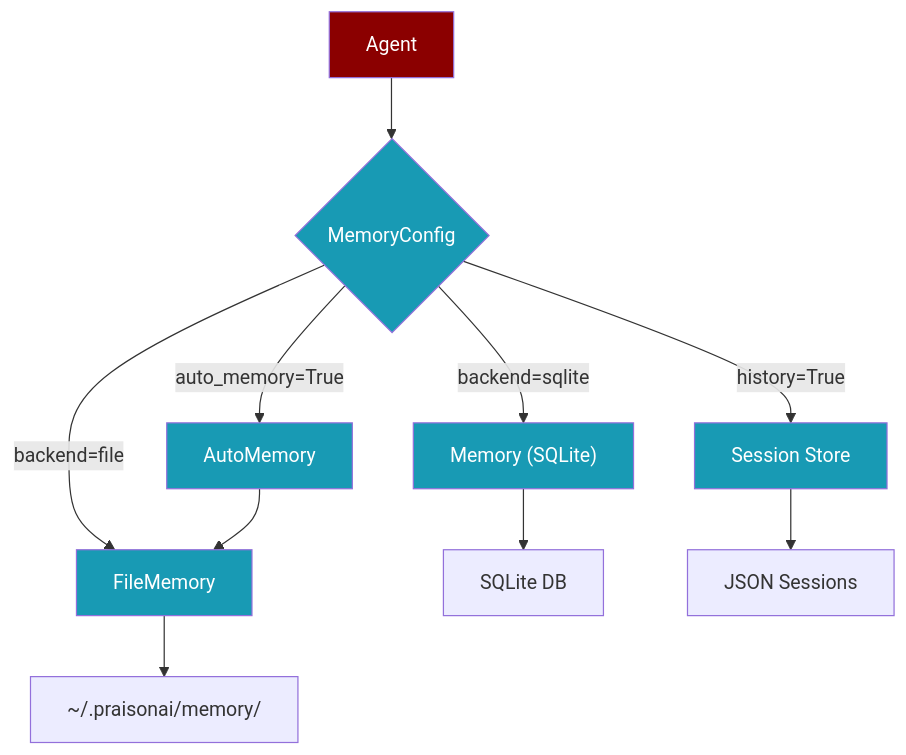
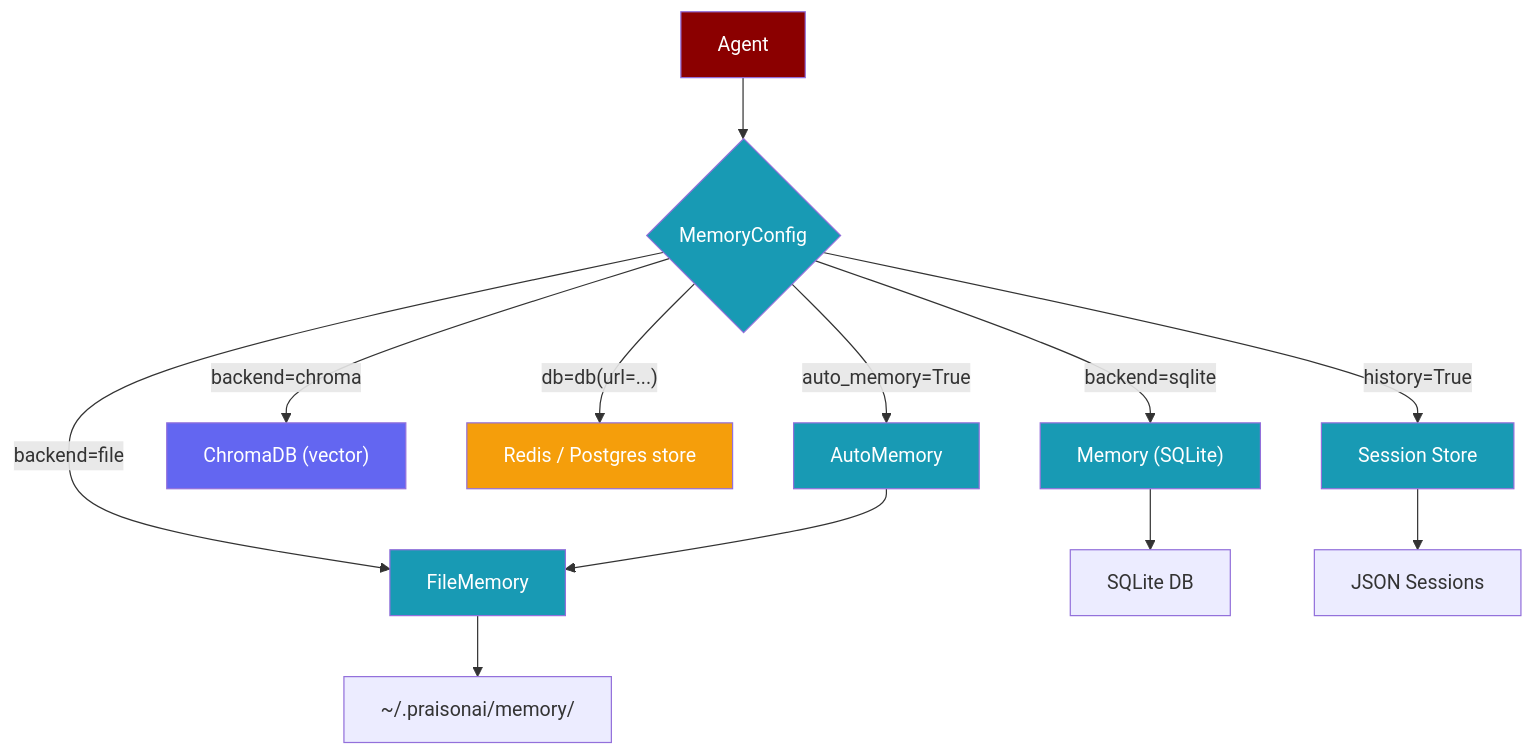
Before and after one commit to MervinPraison/PraisonAIDocs: the sixth of 6 diagrams in docs/memory/features.mdx, drawn with Mermaid. The commit also changed other lines of this file and 10 other files, not shown here.

````diff
--- a/docs/memory/features.mdx
+++ b/docs/memory/features.mdx
@@ -359,20 +359,24 @@
 ```mermaid
 graph TD
     A["Agent"] --> B{"MemoryConfig"}
     B -->|"backend=file"| C["FileMemory"]
     B -->|"backend=sqlite"| D["Memory (SQLite)"]
+    B -->|"backend=chroma"| V["ChromaDB (vector)"]
+    B -->|"db=db(url=...)"| DB["Redis / Postgres store"]
     B -->|"auto_memory=True"| E["AutoMemory"]
     B -->|"history=True"| F["Session Store"]
     
     C --> G["~/.praisonai/memory/"]
     D --> H["SQLite DB"]
     E --> C
     F --> I["JSON Sessions"]
     
     style A fill:#8B0000,color:#fff
     style B fill:#189AB4,color:#fff
     style C fill:#189AB4,color:#fff
     style D fill:#189AB4,color:#fff
+    style V fill:#6366F1,color:#fff
+    style DB fill:#F59E0B,color:#fff
     style E fill:#189AB4,color:#fff
     style F fill:#189AB4,color:#fff
 ```
````
